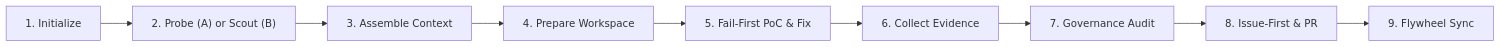
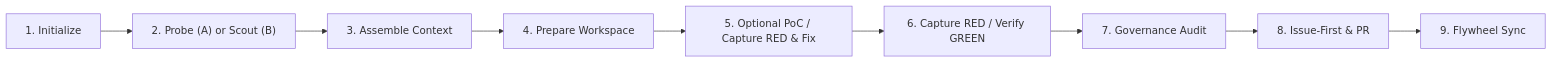
Before and after one commit to MeiSiristhebest/opencontrib: the diagram in skills/opencontrib-cli/SKILL.md, drawn with Mermaid. The commit also changed other lines of this file and 113 other files, not shown here.

````diff
--- a/skills/opencontrib-cli/SKILL.md
+++ b/skills/opencontrib-cli/SKILL.md
@@ -25,11 +25,11 @@
 ```mermaid
 graph LR
     P1["1. Initialize"] --> P2["2. Probe (A) or Scout (B)"]
     P2 --> P3["3. Assemble Context"]
     P3 --> P4["4. Prepare Workspace"]
-    P4 --> P5["5. Fail-First PoC & Fix"]
-    P5 --> P6["6. Collect Evidence"]
+    P4 --> P5["5. Optional PoC / Capture RED & Fix"]
+    P5 --> P6["6. Capture RED / Verify GREEN"]
     P6 --> P7["7. Governance Audit"]
     P7 --> P8["8. Issue-First & PR"]
     P8 --> P9["9. Flywheel Sync"]
 ```
````
